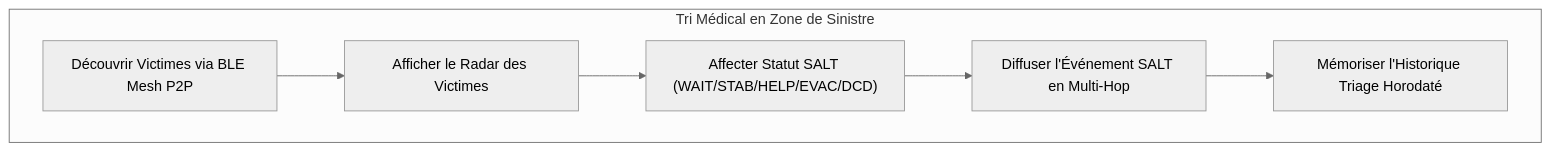
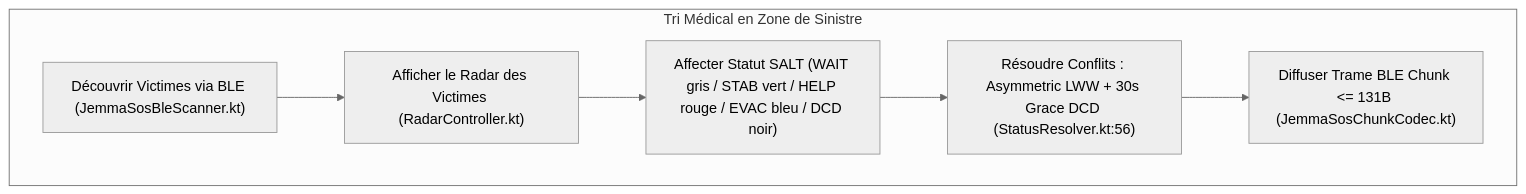
One commit to kurodohenroonsen/JemmaPass changed the fourth of 21 diagrams in docs/DOCUMENTATION_UML_FONCTIONNELLE.md. Above: the diagram before and after it, drawn with Mermaid (neutral theme). The commit also changed other lines of this file and 1 other file, not shown here.

First line of the commit message:
docs: correct UML documentation and iOS specifications against codebase reality

````diff
--- a/docs/DOCUMENTATION_UML_FONCTIONNELLE.md
+++ b/docs/DOCUMENTATION_UML_FONCTIONNELLE.md
@@ -166,15 +195,15 @@
 ```mermaid
 flowchart TD
     subgraph Triage_SALT ["Tri Médical en Zone de Sinistre"]
-        DISC["Découvrir Victimes via BLE Mesh P2P"]
-        RADAR["Afficher le Radar des Victimes"]
-        ASSIGN["Affecter Statut SALT (WAIT/STAB/HELP/EVAC/DCD)"]
-        BROADCAST["Diffuser l'Événement SALT en Multi-Hop"]
-        STORE["Mémoriser l'Historique Triage Horodaté"]
+        DISC["Découvrir Victimes via BLE (JemmaSosBleScanner.kt)"]
+        RADAR["Afficher le Radar des Victimes (RadarController.kt)"]
+        ASSIGN["Affecter Statut SALT (WAIT gris / STAB vert / HELP rouge / EVAC bleu / DCD noir)"]
+        RESOLVE["Résoudre Conflits : Asymmetric LWW + 30s Grace DCD (StatusResolver.kt:56)"]
+        BROADCAST["Diffuser Trame BLE Chunk <= 131B (JemmaSosChunkCodec.kt)"]
     end
 
     DISC --> RADAR
     RADAR --> ASSIGN
-    ASSIGN --> BROADCAST
-    BROADCAST --> STORE
+    ASSIGN --> RESOLVE
+    RESOLVE --> BROADCAST
 ```
````
